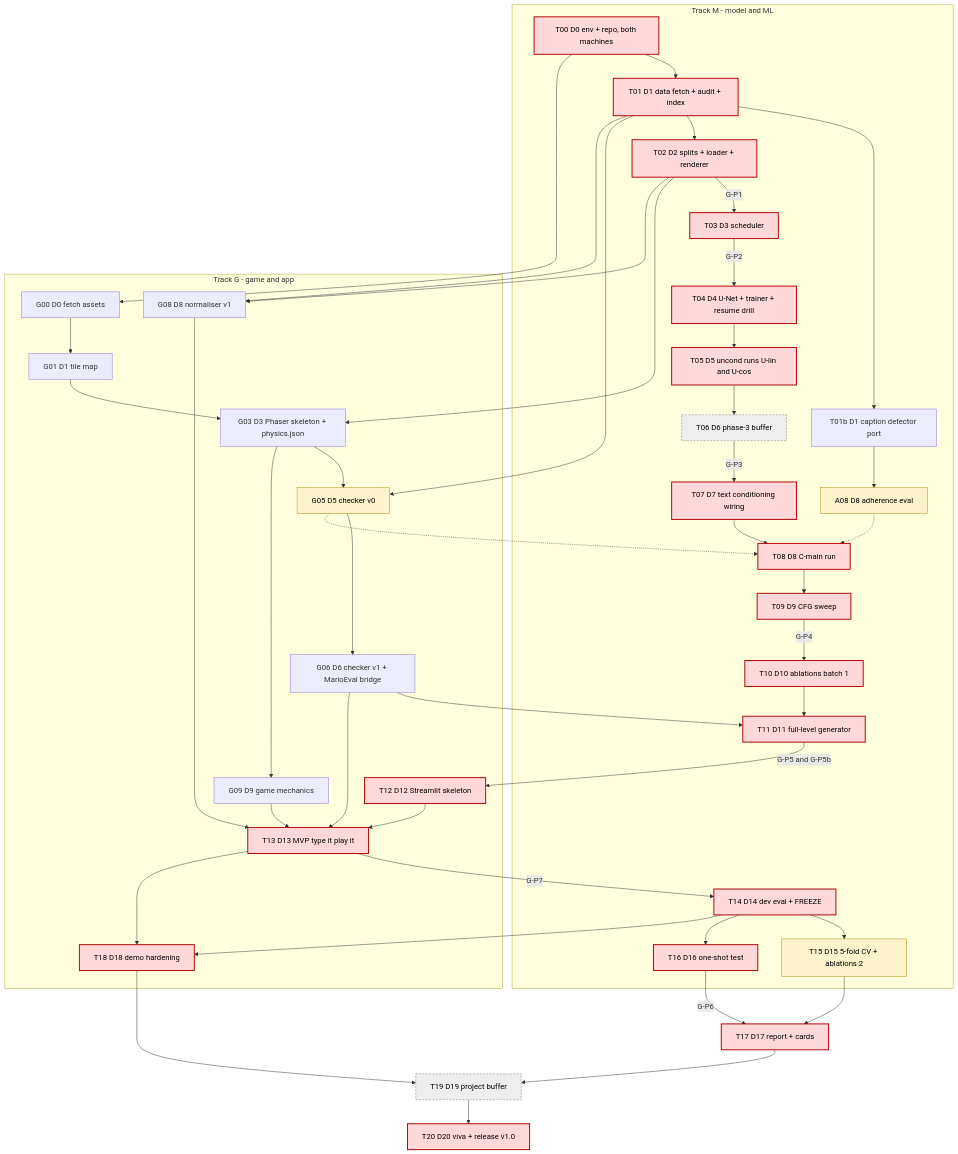
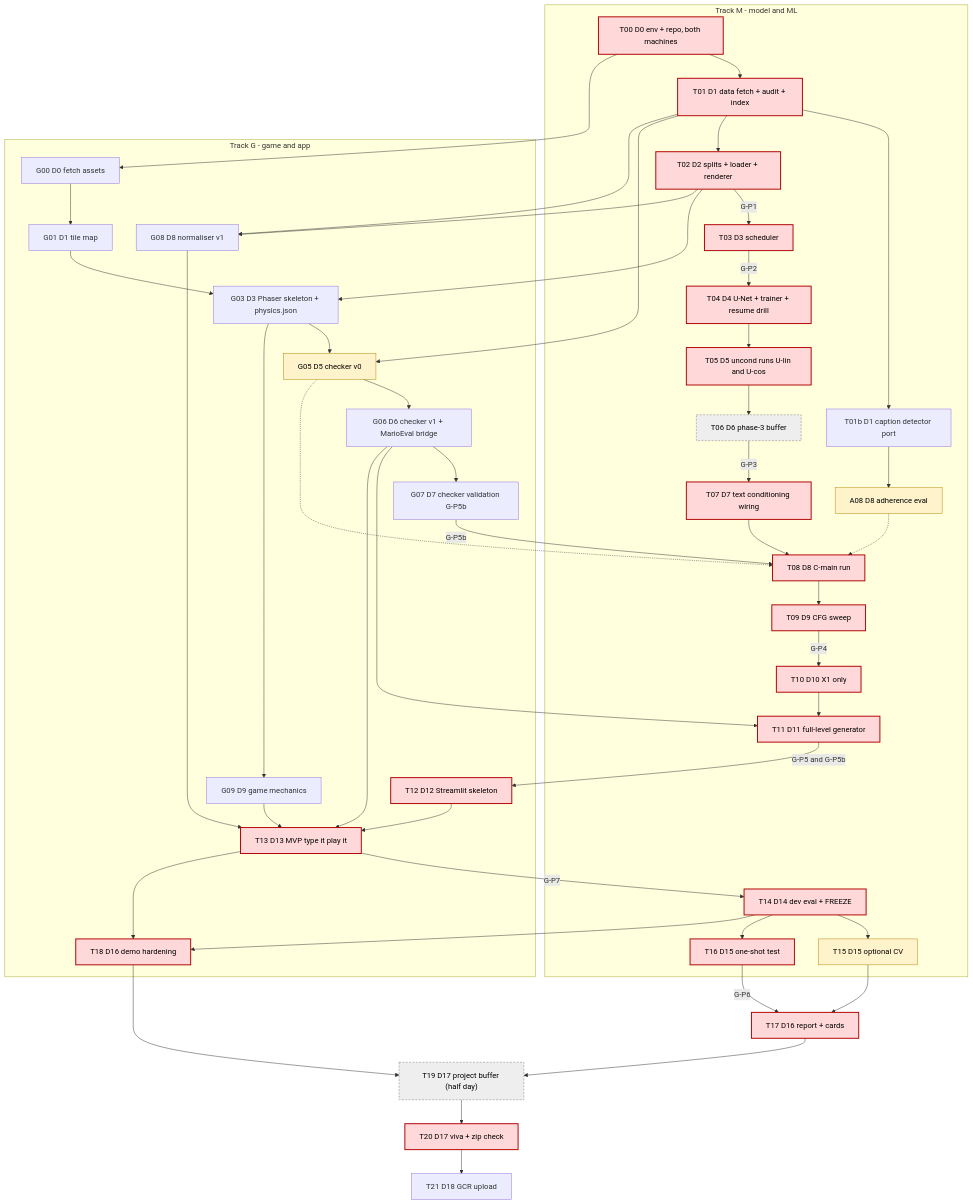
Before and after one commit to IfBilal/retro-level-generator: the diagram in docs/docs/04_CRITICAL_PATH_AND_DEPENDENCIES.md, drawn with Mermaid. The commit also changed other lines of this file and 11 other files, not shown here.

```diff
--- a/docs/docs/04_CRITICAL_PATH_AND_DEPENDENCIES.md
+++ b/docs/docs/04_CRITICAL_PATH_AND_DEPENDENCIES.md
@@ -63,11 +65,11 @@
     A08["A08 D8 adherence eval"]
     T08["T08 D8 C-main run"]
     T09["T09 D9 CFG sweep"]
-    T10["T10 D10 ablations batch 1"]
+    T10["T10 D10 X1 only"]
     T11["T11 D11 full-level generator"]
     T14["T14 D14 dev eval + FREEZE"]
-    T15["T15 D15 5-fold CV + ablations 2"]
-    T16["T16 D16 one-shot test"]
+    T15["T15 D15 optional CV"]
+    T16["T16 D15 one-shot test"]
   end
   subgraph G["Track G - game and app"]
     G00["G00 D0 fetch assets"]
@@ -75,16 +77,21 @@
     G03["G03 D3 Phaser skeleton + physics.json"]
     G05["G05 D5 checker v0"]
     G06["G06 D6 checker v1 + MarioEval bridge"]
+    G07["G07 D7 checker validation G-P5b"]
     G08["G08 D8 normaliser v1"]
     G09["G09 D9 game mechanics"]
     T12["T12 D12 Streamlit skeleton"]
     T13["T13 D13 MVP type it play it"]
-    T18["T18 D18 demo hardening"]
+    T18["T18 D16 demo hardening"]
   end
-  T17["T17 D17 report + cards"]
-  T19["T19 D19 project buffer"]
-  T20["T20 D20 viva + release v1.0"]
+  T17["T17 D16 report + cards"]
+  T19["T19 D17 project buffer (half day)"]
+  T21["T21 D18 GCR upload"]
+  T20["T20 D17 viva + zip check"]
 
+  G06 --> G07
+  G07 -->|G-P5b| T08
+  T20 --> T21
   T00 --> T01
   T00 --> G00
   G00 --> G01
```
